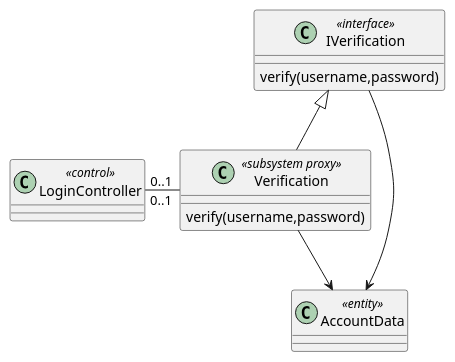
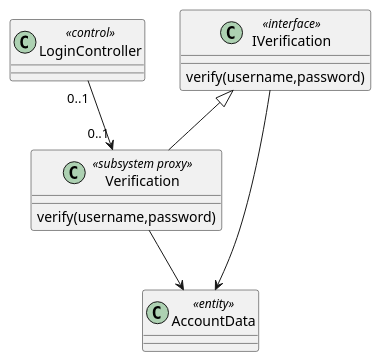
One commit to McSinyx/ipppi changed the diagram in source/solution/design-elements.rst. Above: the diagram before and after it, drawn with PlantUML. The commit also changed other lines of this file, not shown here.

```diff
--- a/source/solution/design-elements.rst
+++ b/source/solution/design-elements.rst
@@ -8,18 +10,18 @@
 .. uml::
 
   class LoginController<<control>>
     
   class IVerification<<interface>>
   {
   verify(username,password)
   }
     
   class Verification<<subsystem proxy>> extends IVerification {
   verify(username,password)
   }
   
   class AccountData <<entity>>
     
-  LoginController "0..1" - "0..1" Verification
+  LoginController "0..1" --> "0..1" Verification
   IVerification --> AccountData
   Verification --> AccountData
```
